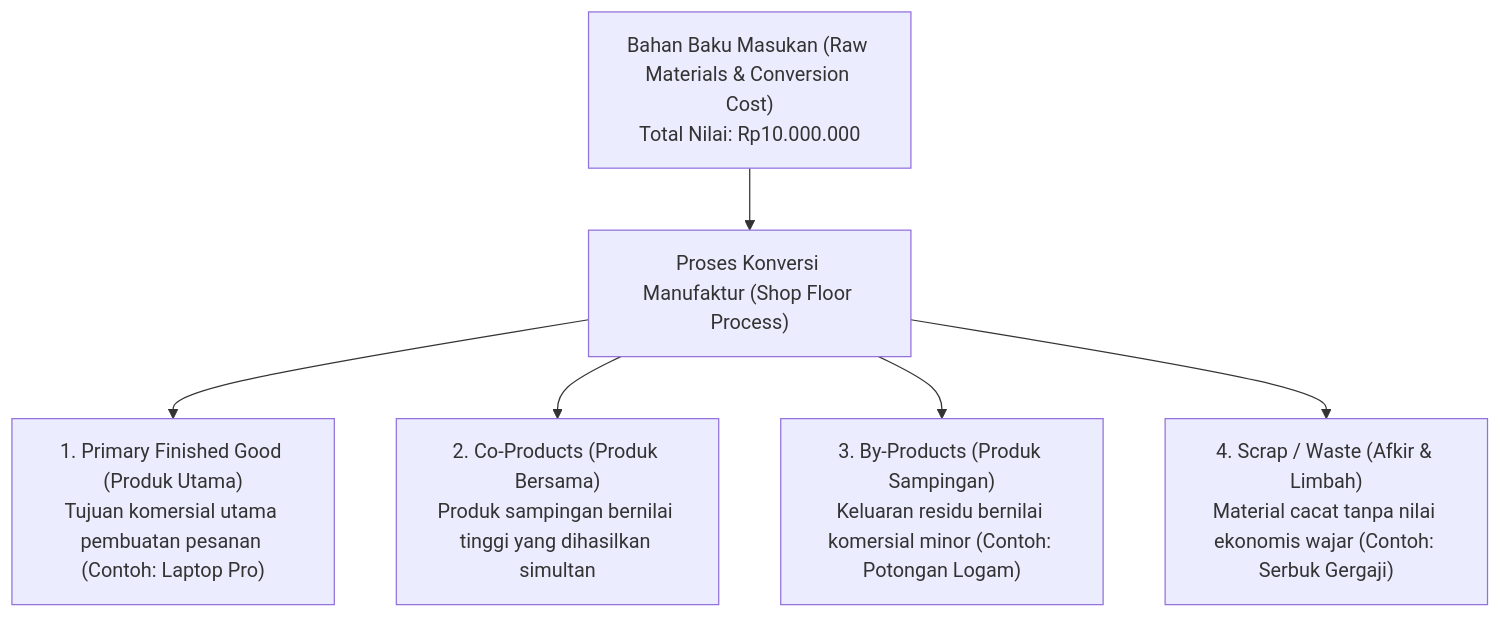
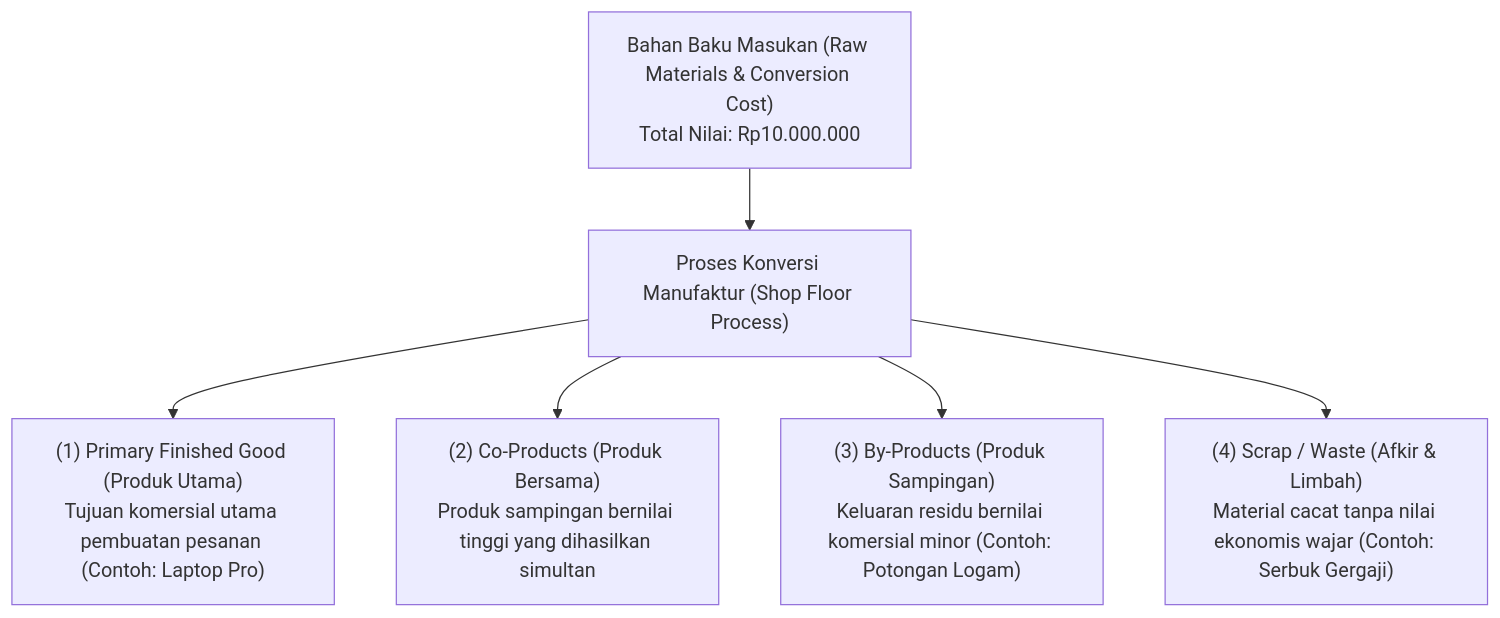
The first of 2 diagrams in content/06-manufacturing/production-output-and-by-product.md (alimurrofid/erp-notes), drawn with Mermaid before and after one commit. The commit also changed 132 other files, not shown here.

````diff
--- a/content/06-manufacturing/production-output-and-by-product.md
+++ b/content/06-manufacturing/production-output-and-by-product.md
@@ -27,10 +27,10 @@
 ```mermaid
 flowchart TD
     Input["Bahan Baku Masukan (Raw Materials & Conversion Cost)<br/>Total Nilai: Rp10.000.000"]
     --> Process["Proses Konversi Manufaktur (Shop Floor Process)"]
     
-    Process --> MainOut["1. Primary Finished Good (Produk Utama)<br/>Tujuan komersial utama pembuatan pesanan (Contoh: Laptop Pro)"]
-    Process --> CoProd["2. Co-Products (Produk Bersama)<br/>Produk sampingan bernilai tinggi yang dihasilkan simultan"]
-    Process --> ByProd["3. By-Products (Produk Sampingan)<br/>Keluaran residu bernilai komersial minor (Contoh: Potongan Logam)"]
-    Process --> Scrap["4. Scrap / Waste (Afkir & Limbah)<br/>Material cacat tanpa nilai ekonomis wajar (Contoh: Serbuk Gergaji)"]
+    Process --> MainOut["(1) Primary Finished Good (Produk Utama)<br/>Tujuan komersial utama pembuatan pesanan (Contoh: Laptop Pro)"]
+    Process --> CoProd["(2) Co-Products (Produk Bersama)<br/>Produk sampingan bernilai tinggi yang dihasilkan simultan"]
+    Process --> ByProd["(3) By-Products (Produk Sampingan)<br/>Keluaran residu bernilai komersial minor (Contoh: Potongan Logam)"]
+    Process --> Scrap["(4) Scrap / Waste (Afkir & Limbah)<br/>Material cacat tanpa nilai ekonomis wajar (Contoh: Serbuk Gergaji)"]
 ```
````
